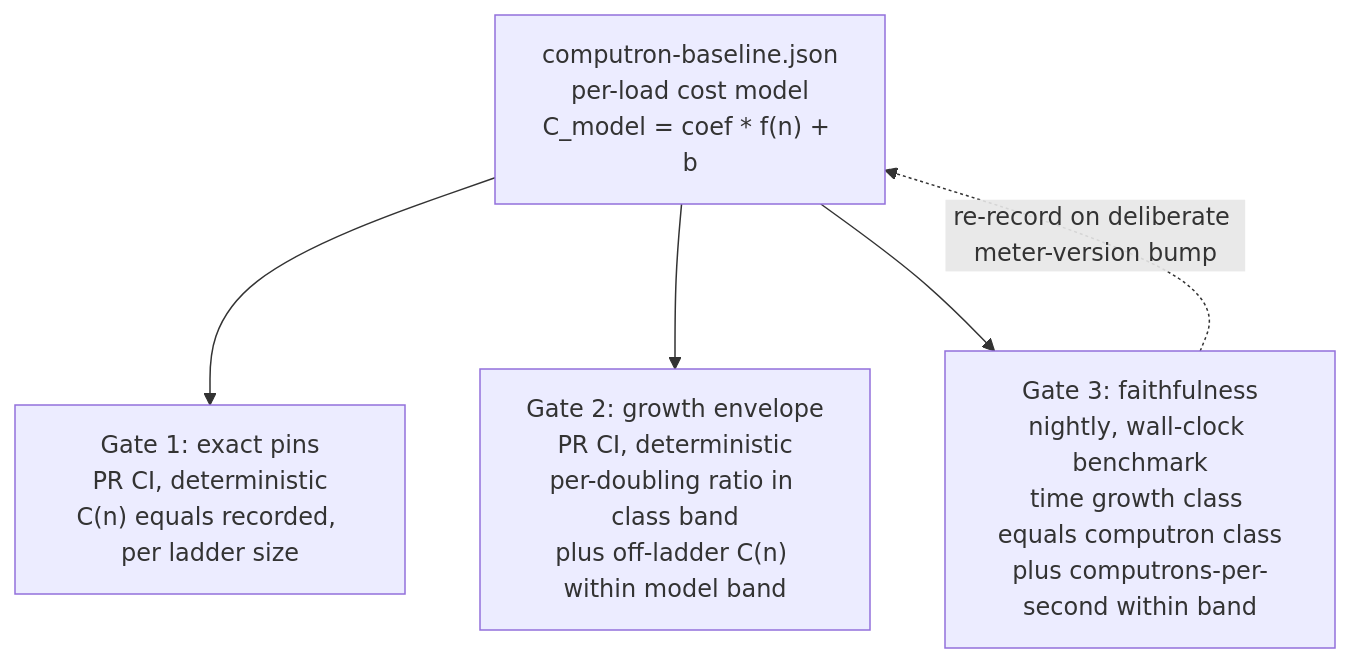
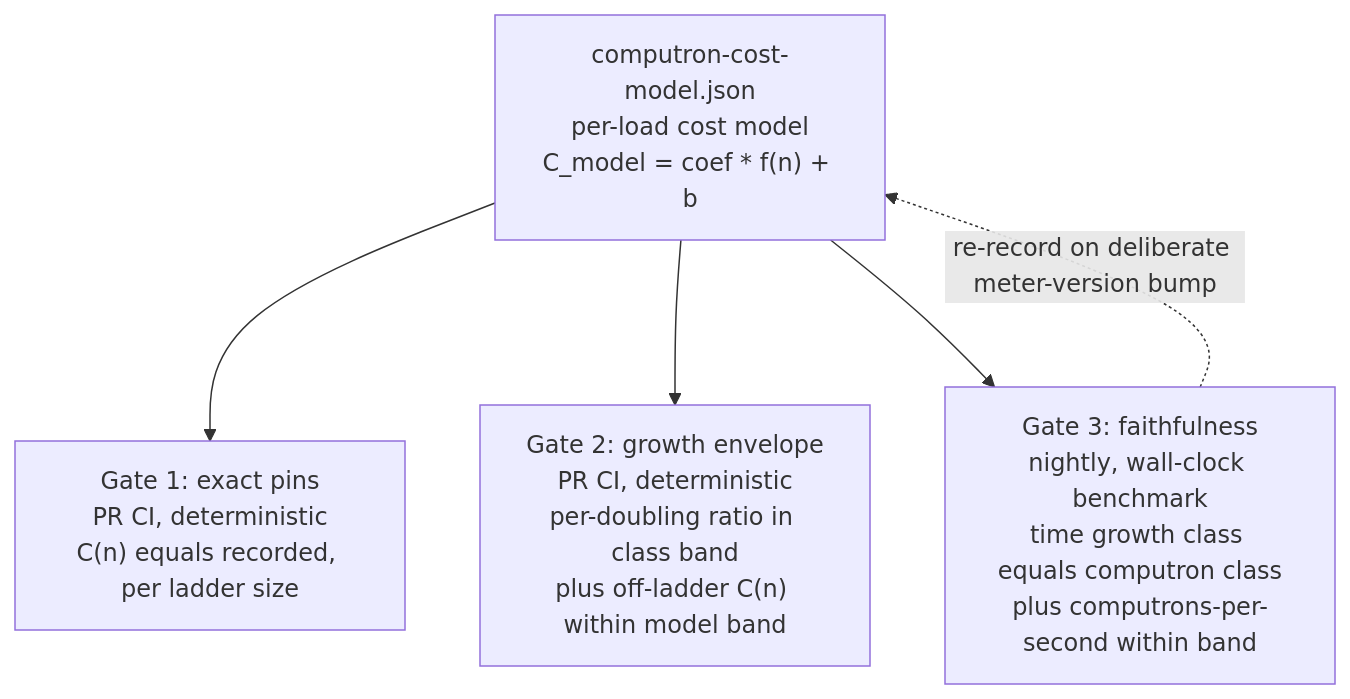
The diagram in designs/ironhorse-computron-benchmark-baseline.md (endojs/endo-but-for-bots), drawn with Mermaid before and after one commit. The commit also changed other lines of this file and 1 other file, not shown here.

````diff
--- a/designs/ironhorse-computron-benchmark-baseline.md
+++ b/designs/ironhorse-computron-benchmark-baseline.md
@@ -119,8 +158,8 @@
 ```mermaid
 flowchart TD
-    B["computron-baseline.json<br/>per-load cost model<br/>C_model = coef * f(n) + b"]
+    B["computron-cost-model.json<br/>per-load cost model<br/>C_model = coef * f(n) + b"]
     B --> G1["Gate 1: exact pins<br/>PR CI, deterministic<br/>C(n) equals recorded, per ladder size"]
     B --> G2["Gate 2: growth envelope<br/>PR CI, deterministic<br/>per-doubling ratio in class band<br/>plus off-ladder C(n) within model band"]
     B --> G3["Gate 3: faithfulness<br/>nightly, wall-clock benchmark<br/>time growth class equals computron class<br/>plus computrons-per-second within band"]
     G3 -. "re-record on deliberate meter-version bump" .-> B
 ```
````
